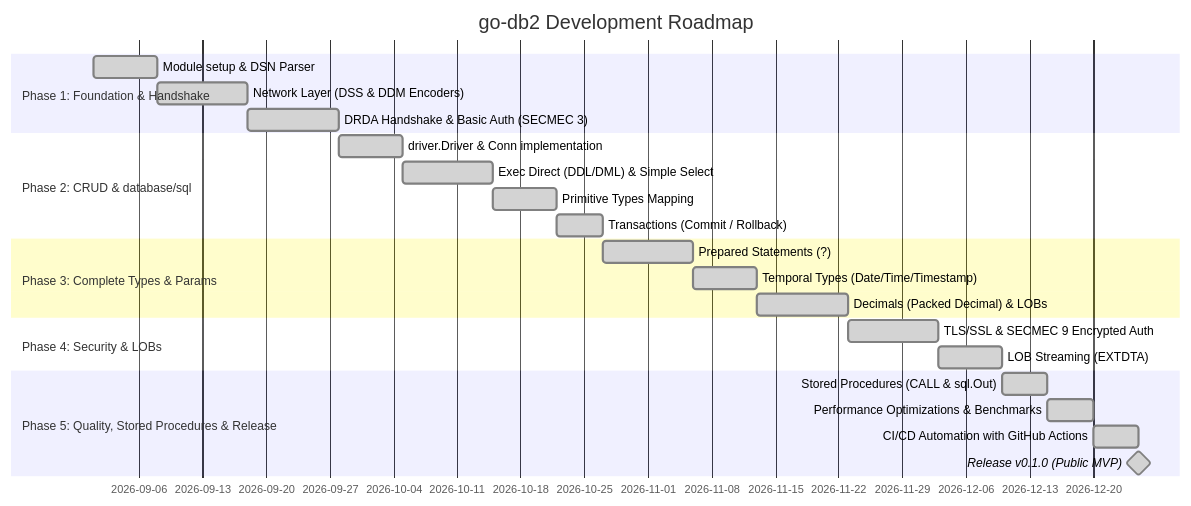
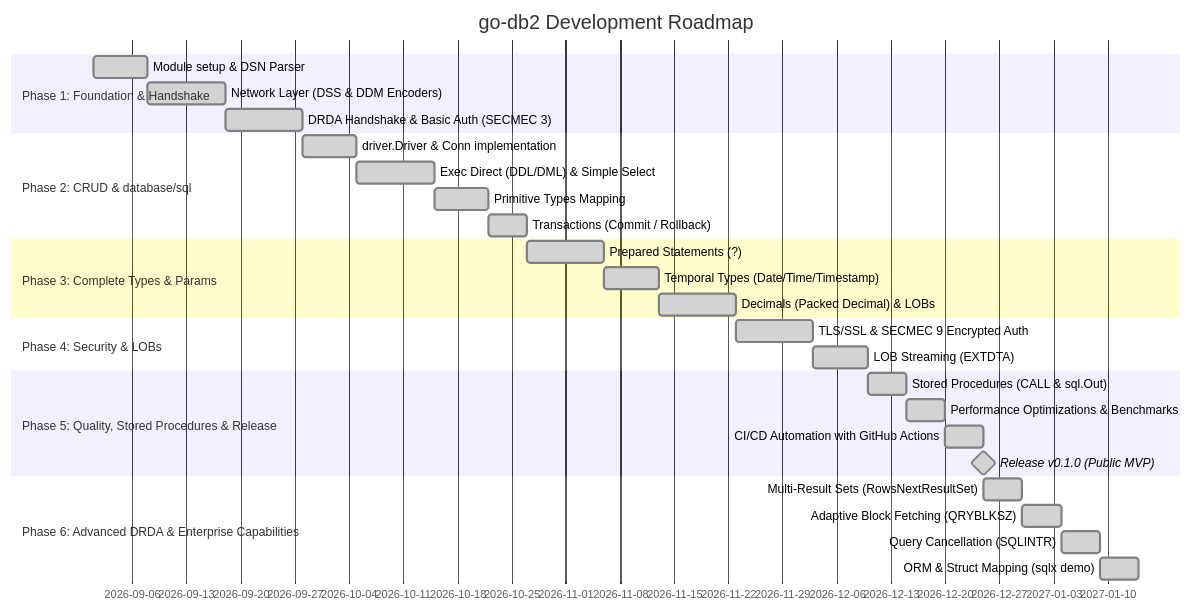
The diagram in PROJECT_PLAN.md (go-db2/go-db2), drawn with Mermaid before and after one commit. The commit also changed other lines of this file and 14 other files, not shown here.

Commit message:
feat: implement multi-result sets, adaptive block fetching, SQLINTR cancellation, and struct mapping demo

````diff
--- a/PROJECT_PLAN.md
+++ b/PROJECT_PLAN.md
@@ -164,26 +164,31 @@
 ```mermaid
 gantt
     title go-db2 Development Roadmap
     dateFormat  YYYY-MM-DD
     section Phase 1: Foundation & Handshake
     Module setup & DSN Parser                :done, f1_1, 2026-09-01, 7d
     Network Layer (DSS & DDM Encoders)       :done, f1_2, after f1_1, 10d
     DRDA Handshake & Basic Auth (SECMEC 3)   :done, f1_3, after f1_2, 10d
     section Phase 2: CRUD & database/sql
     driver.Driver & Conn implementation      :done, f2_1, after f1_3, 7d
     Exec Direct (DDL/DML) & Simple Select    :done, f2_2, after f2_1, 10d
     Primitive Types Mapping                  :done, f2_3, after f2_2, 7d
     Transactions (Commit / Rollback)         :done, f2_4, after f2_3, 5d
     section Phase 3: Complete Types & Params
     Prepared Statements (?)                  :done, f3_1, after f2_4, 10d
     Temporal Types (Date/Time/Timestamp)     :done, f3_2, after f3_1, 7d
     Decimals (Packed Decimal) & LOBs         :done, f3_3, after f3_2, 10d
     section Phase 4: Security & LOBs
     TLS/SSL & SECMEC 9 Encrypted Auth        :done, f4_1, after f3_3, 10d
     LOB Streaming (EXTDTA)                   :done, f4_2, after f4_1, 7d
     section Phase 5: Quality, Stored Procedures & Release
     Stored Procedures (CALL & sql.Out)       :done, f5_1, after f4_2, 5d
     Performance Optimizations & Benchmarks   :done, f5_2, after f5_1, 5d
     CI/CD Automation with GitHub Actions     :done, f5_3, after f5_2, 5d
     Release v0.1.0 (Public MVP)              :done, milestone, after f5_3, 0d
+    section Phase 6: Advanced DRDA & Enterprise Capabilities
+    Multi-Result Sets (RowsNextResultSet)    :done, f6_1, after f5_3, 5d
+    Adaptive Block Fetching (QRYBLKSZ)       :done, f6_2, after f6_1, 5d
+    Query Cancellation (SQLINTR)             :done, f6_3, after f6_2, 5d
+    ORM & Struct Mapping (sqlx demo)         :done, f6_4, after f6_3, 5d
 ```
````
